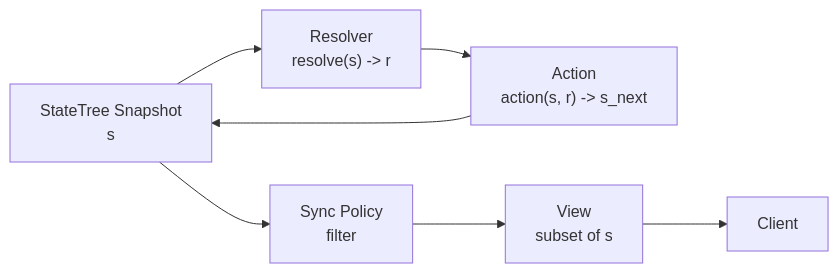
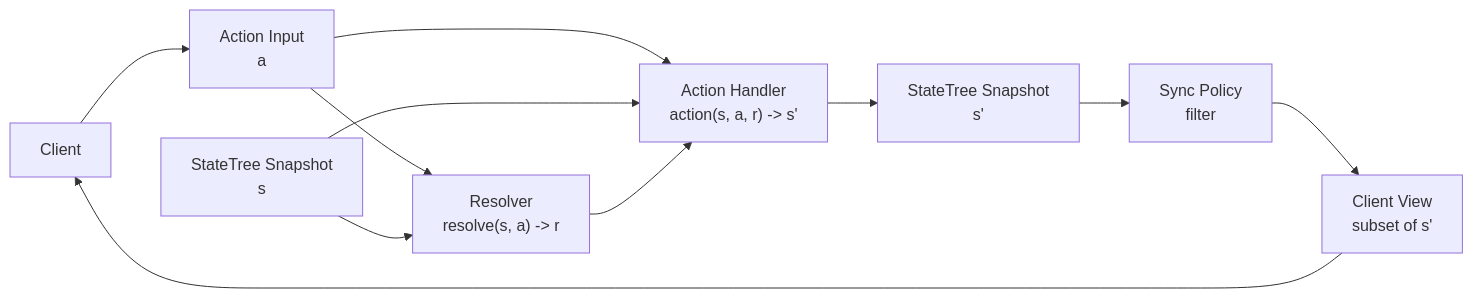
The first of 2 diagrams in deep-research/emse-artifacts/SECTION3_DRAFT.md (gmliao/swift-state-tree), drawn with Mermaid before and after one commit. The commit also changed other lines of this file, not shown here.

Commit message:
feat: expand SECTION3_DRAFT with detailed semantics and architecture
- Added clarifications on the definition of Action and its role in state transitions.
- Introduced a new section on Inputs, Determinism, and Failure Semantics, outlining key points for programming model clarity.
- Enhanced the System Architecture section with insights on state isolation and concurrency management in the SwiftStateTree implementation.
- Updated flowcharts to reflect the revised architecture and interactions within the system.

````diff
--- a/deep-research/emse-artifacts/SECTION3_DRAFT.md
+++ b/deep-research/emse-artifacts/SECTION3_DRAFT.md
@@ -11,16 +13,24 @@
 ```mermaid
 flowchart LR
   %% Programming model (language-agnostic)
 
-  S["StateTree Snapshot<br/>s"]
-  R["Resolver<br/>resolve(s) -> r"]
-  A["Action<br/>action(s, r) -> s_next"]
+  C["Client"]
+  I["Action Input<br/>a"]
 
-  S --> R --> A --> S
+  S0["StateTree Snapshot<br/>s"]
+  R["Resolver<br/>resolve(s, a) -> r"]
+  A["Action Handler<br/>action(s, a, r) -> s'"]
+  S1["StateTree Snapshot<br/>s'"]
+
+  C --> I
+  I --> R
+  S0 --> R
+  I --> A
+  S0 --> A
+  R --> A
+  A --> S1
 
   P["Sync Policy<br/>filter"]
-  V["View<br/>subset of s"]
-  C["Client"]
-
-  S --> P --> V --> C
+  V["Client View<br/>subset of s'"]
+  S1 --> P --> V --> C
 ```
````
